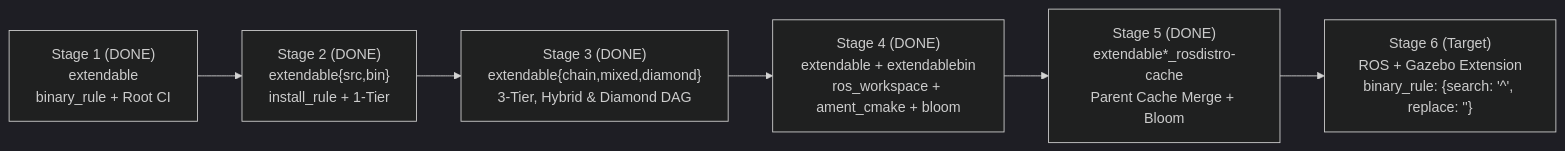
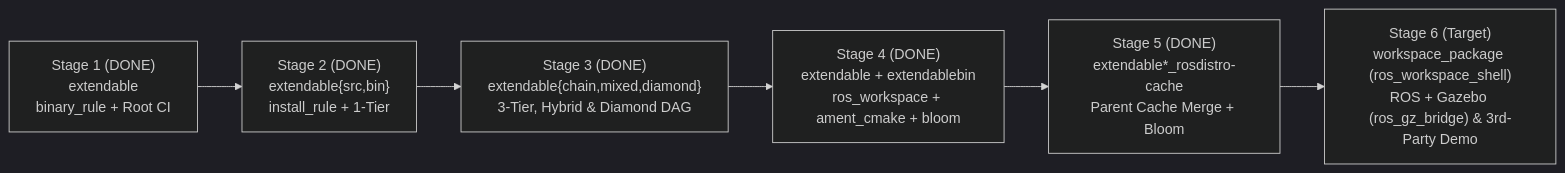
The second of 2 diagrams in ROLLOUT_PLAN.md (KmoM88/rep159-testing), drawn with Mermaid (dark theme) before and after one commit. The commit also changed other lines of this file and 8 other files, not shown here.

Commit message:
feat(stage6): adopt workspace_package (ros_workspace_shell), add rosdistro-reviewer EOL check, and add tools/ stage runner

````diff
--- a/ROLLOUT_PLAN.md
+++ b/ROLLOUT_PLAN.md
@@ -88,8 +88,8 @@
 ```mermaid
 flowchart LR
     S1["Stage 1 (DONE)<br/>extendable<br/>binary_rule + Root CI"] --> S2["Stage 2 (DONE)<br/>extendable{src,bin}<br/>install_rule + 1-Tier"]
     S2 --> S3["Stage 3 (DONE)<br/>extendable{chain,mixed,diamond}<br/>3-Tier, Hybrid & Diamond DAG"]
     S3 --> S4["Stage 4 (DONE)<br/>extendable + extendablebin<br/>ros_workspace + ament_cmake + bloom"]
     S4 --> S5["Stage 5 (DONE)<br/>extendable*_rosdistro-cache<br/>Parent Cache Merge + Bloom"]
-    S5 --> S6["Stage 6 (Target)<br/>ROS + Gazebo Extension<br/>binary_rule: {search: '^', replace: ''}"]
+    S5 --> S6["Stage 6 (Target)<br/>workspace_package (ros_workspace_shell)<br/>ROS + Gazebo (ros_gz_bridge) & 3rd-Party Demo"]
 ```
````
